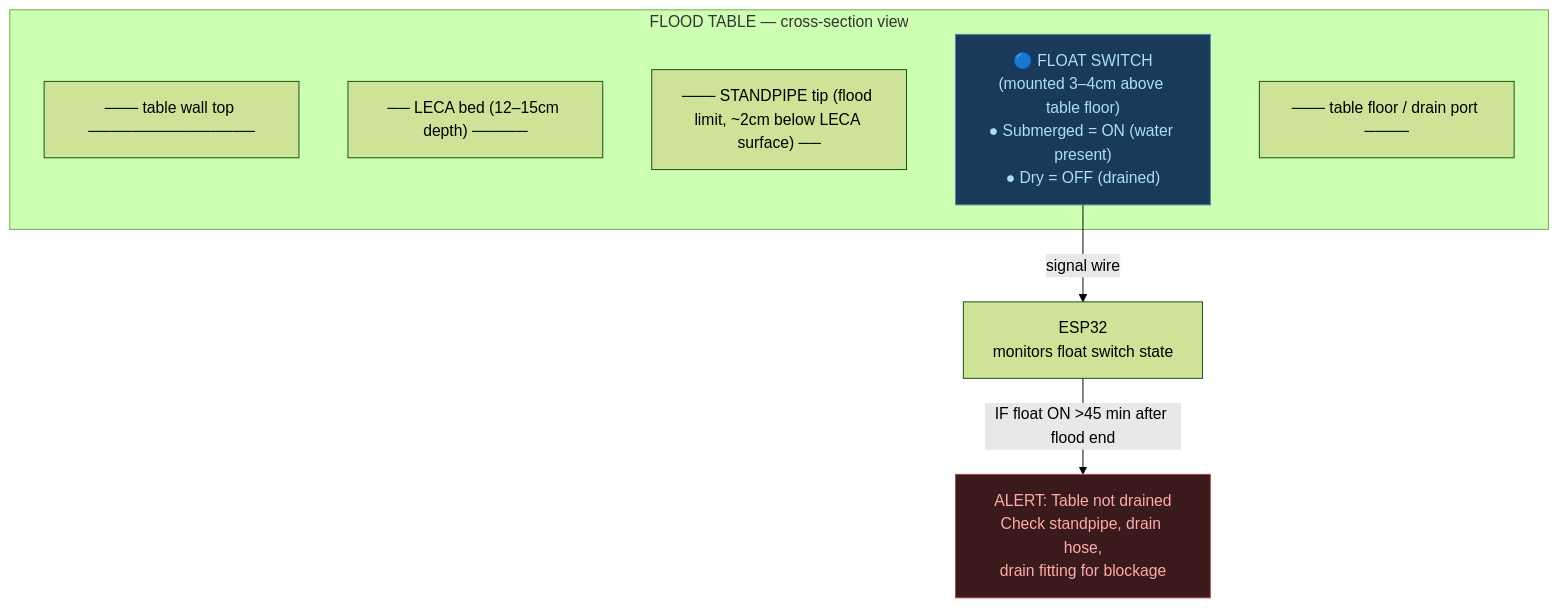
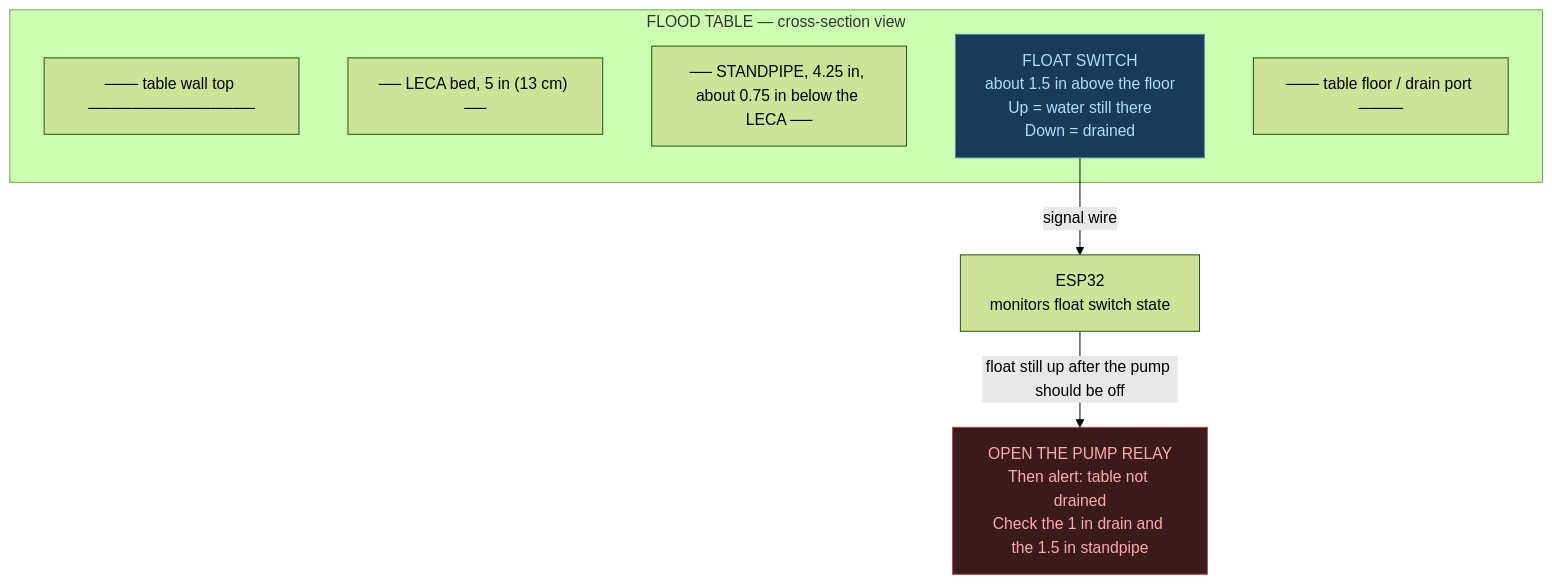
Before and after one commit to UncleJS/guide_hydroponics: the third of 13 diagrams in guide/ebb-and-flow/13-automation.md, drawn with Mermaid (forest theme). The commit also changed other lines of this file and 35 other files, not shown here.

````diff
--- a/guide/ebb-and-flow/13-automation.md
+++ b/guide/ebb-and-flow/13-automation.md
@@ -497,17 +499,17 @@
 ```mermaid
 flowchart TD
     subgraph table["FLOOD TABLE — cross-section view"]
         TOP["─── table wall top ───────────────"]
-        LECA["── LECA bed (12–15cm depth) ─────"]
-        SP["─── STANDPIPE tip (flood limit, ~2cm below LECA surface) ──"]
-        FS["🔵 FLOAT SWITCH<br/>(mounted 3–4cm above table floor)<br/>● Submerged = ON (water present)<br/>● Dry = OFF (drained)"]
+        LECA["── LECA bed, 5 in (13 cm) ──"]
+        SP["── STANDPIPE, 4.25 in, about 0.75 in below the LECA ──"]
+        FS["FLOAT SWITCH<br/>about 1.5 in above the floor<br/>Up = water still there<br/>Down = drained"]
         DRAIN["─── table floor / drain port ────"]
     end
     ESP["ESP32<br/>monitors float switch state"]
 
     FS -->|"signal wire"| ESP
-    ESP -->|"IF float ON >45 min after flood end"| ALERT["ALERT: Table not drained<br/>Check standpipe, drain hose,<br/>drain fitting for blockage"]
+    ESP -->|"float still up after the pump should be off"| ALERT["OPEN THE PUMP RELAY<br/>Then alert: table not drained<br/>Check the 1 in drain and the 1.5 in standpipe"]
 
     style FS fill:#1a3a5a,stroke:#4a8aaa,color:#aaddff
     style ALERT fill:#3a1a1a,stroke:#aa4a4a,color:#ffaaaa
 ```
````
